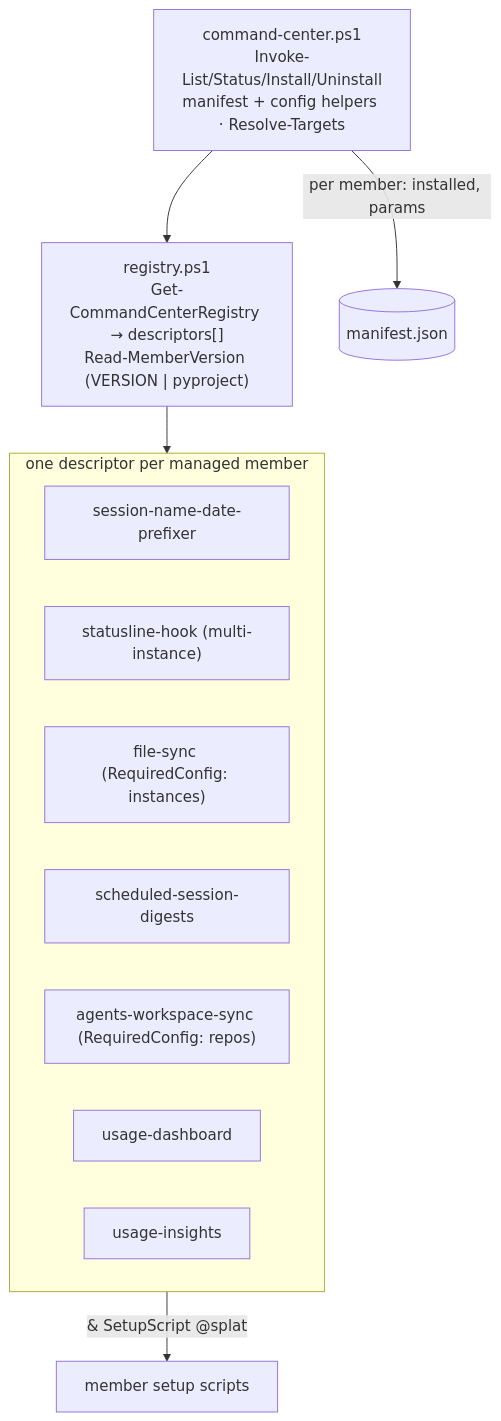
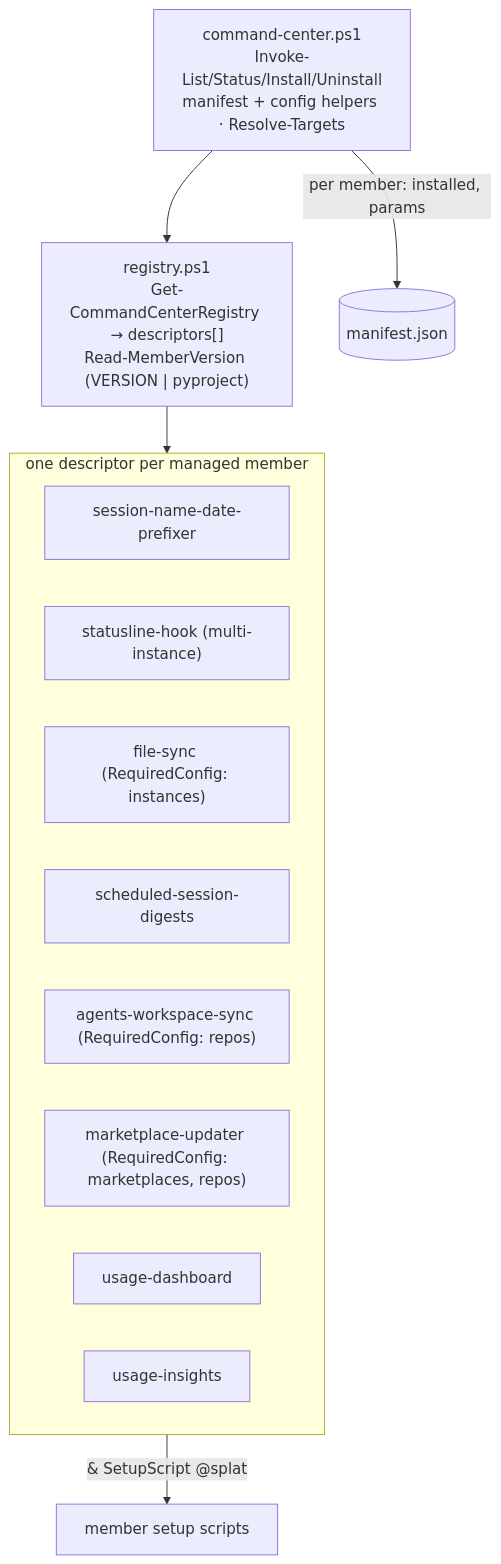
The second of 4 diagrams in setup/product/ARCHITECTURE.md (cheneeheng/claude-code-command-center), drawn with Mermaid before and after one commit. The commit also changed 15 other files, not shown here.

First line of the commit message:
feat(marketplace-updater): add scheduled marketplace and plugin updater

````diff
--- a/setup/product/ARCHITECTURE.md
+++ b/setup/product/ARCHITECTURE.md
@@ -29,17 +29,18 @@
 ```mermaid
 flowchart TD
     cli["command-center.ps1<br/>Invoke-List/Status/Install/Uninstall<br/>manifest + config helpers · Resolve-Targets"]
     registry["registry.ps1<br/>Get-CommandCenterRegistry → descriptors[]<br/>Read-MemberVersion (VERSION | pyproject)"]
     subgraph descriptors["one descriptor per managed member"]
         d1["session-name-date-prefixer"]
         d2["statusline-hook (multi-instance)"]
         d3["file-sync (RequiredConfig: instances)"]
         d4["scheduled-session-digests"]
         d5["agents-workspace-sync (RequiredConfig: repos)"]
+        d8["marketplace-updater (RequiredConfig: marketplaces, repos)"]
         d6["usage-dashboard"]
         d7["usage-insights"]
     end
     cli --> registry --> descriptors
     descriptors -->|"& SetupScript @splat"| member["member setup scripts"]
     cli -->|"per member: installed, params"| manifest[("manifest.json")]
 ```
````
